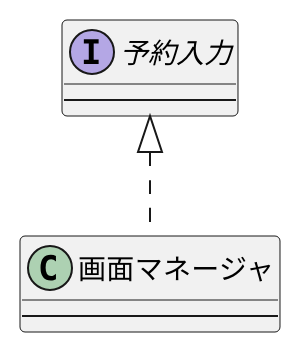
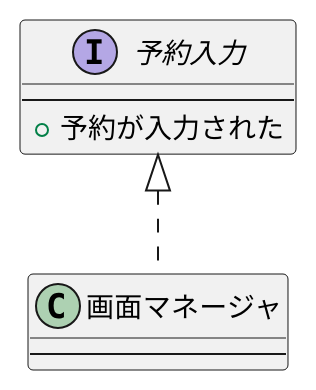
The diagram in 例題3-1_予約入力インターフェース.pu (Sreia1129/uml-introduction), drawn with PlantUML before and after one commit.

Commit message:
間違えたところの直し

```diff
--- a/例題3-1_予約入力インターフェース.pu
+++ b/例題3-1_予約入力インターフェース.pu
@@ -1,10 +1,11 @@
 @startuml ユースケース図
 class 画面マネージャ {
 ---
 }
 interface 予約入力 {
 ' <<interface>>
 ---
++予約が入力された
 }
 予約入力 <|.. 画面マネージャ
 @enduml
```
